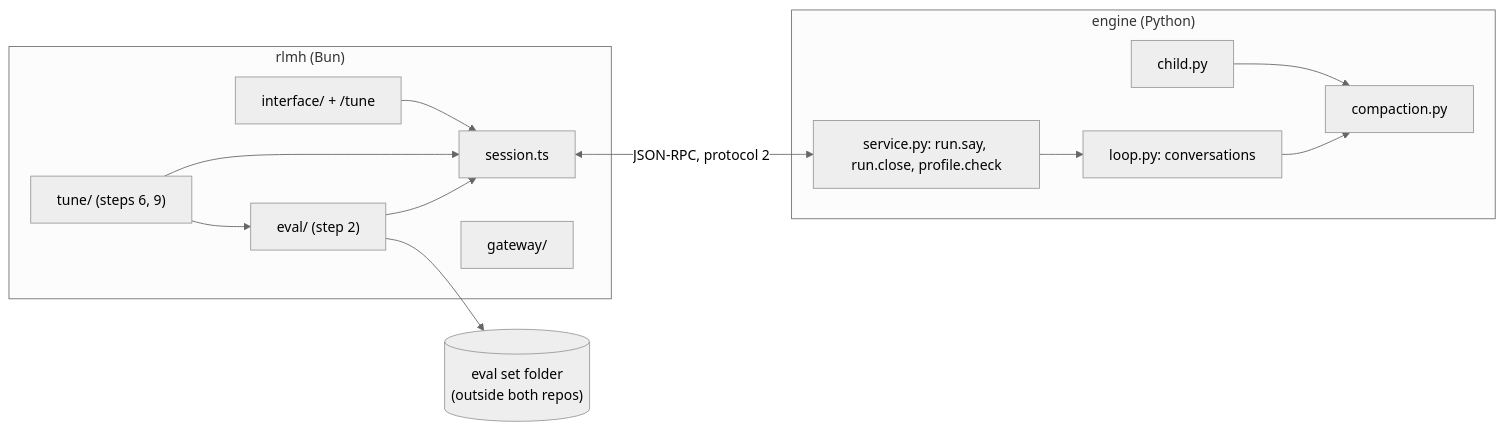
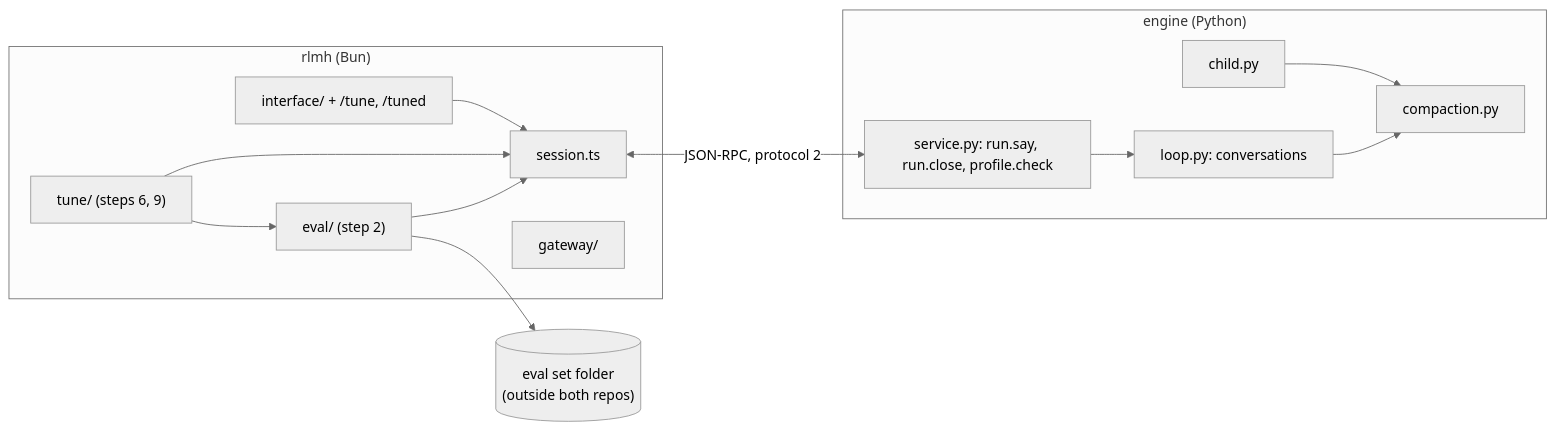
One commit to RishiJain905/rlm-harness changed the diagram in documentation/v1/architecture.md. Above: the diagram before and after it, drawn with Mermaid (neutral theme). The commit also changed other lines of this file and 14 other files, not shown here.

````diff
--- a/documentation/v1/architecture.md
+++ b/documentation/v1/architecture.md
@@ -21,25 +21,25 @@
 ```mermaid
 flowchart LR
     subgraph app["rlmh (Bun)"]
         evalc["eval/ (step 2)"]
         tunec["tune/ (steps 6, 9)"]
-        ui["interface/ + /tune"]
+        ui["interface/ + /tune, /tuned"]
         session["session.ts"]
         gw["gateway/"]
     end
     subgraph eng["engine (Python)"]
         svc["service.py: run.say, run.close, profile.check"]
         loop["loop.py: conversations"]
         comp["compaction.py"]
         child["child.py"]
     end
     set[("eval set folder\n(outside both repos)")]
     evalc --> session
     tunec --> evalc
     tunec --> session
     ui --> session
     session <-->|"JSON-RPC, protocol 2"| svc
     svc --> loop --> comp
     child --> comp
     evalc --> set
 ```
````
